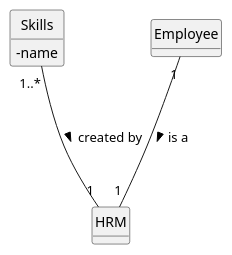
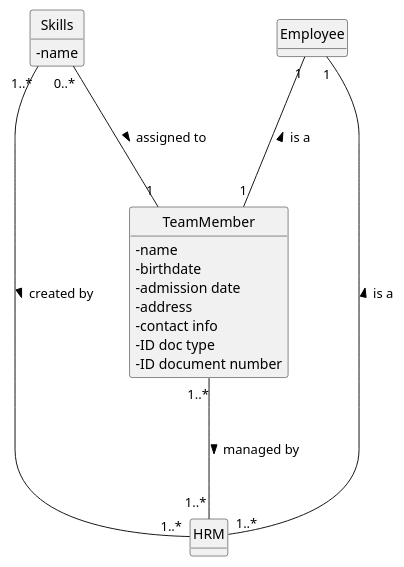
The diagram in docs/sprintB/us004/02.analysis/puml/us004-domain-model.puml (Mendoncaa/LAPR2), drawn with PlantUML before and after one commit. The commit also changed 8 other files, not shown here.

```diff
--- a/docs/sprintB/us004/02.analysis/puml/us004-domain-model.puml
+++ b/docs/sprintB/us004/02.analysis/puml/us004-domain-model.puml
@@ -1,24 +1,41 @@
 @startuml
 skinparam monochrome true
 skinparam packageStyle rectangle
 skinparam shadowing false
 
 'left to right direction
 
 skinparam classAttributeIconSize 0
 
 hide circle
 hide methods
 
 class HRM {
 }
 
+class TeamMember {
+   - name
+   - birthdate
+   - admission date
+   - address
+   - contact info
+   - ID doc type
+   - ID document number
+}
+
 class Skills {
   - name
 }
 
 
-Skills "1..*"---"1" HRM : created by >
-Employee "1"---"1" HRM : is a >
+
+
+Skills "1..*"---"1..*" HRM : created by >
+Skills "0..*"---"1" TeamMember : assigned to >
+
+TeamMember "1..*"---"1..*" HRM : managed by >
+
+Employee "1"---"1..*" HRM : is a <
+Employee "1"---"1" TeamMember : is a <
 
 @enduml
```
